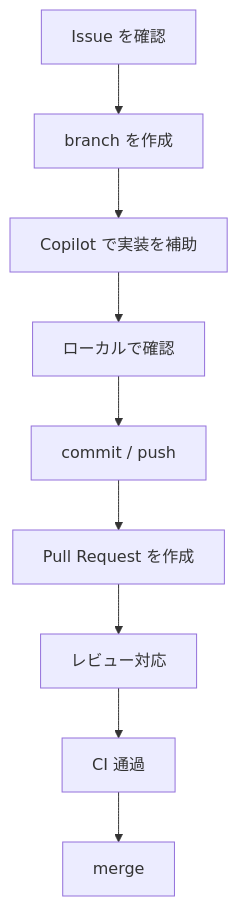
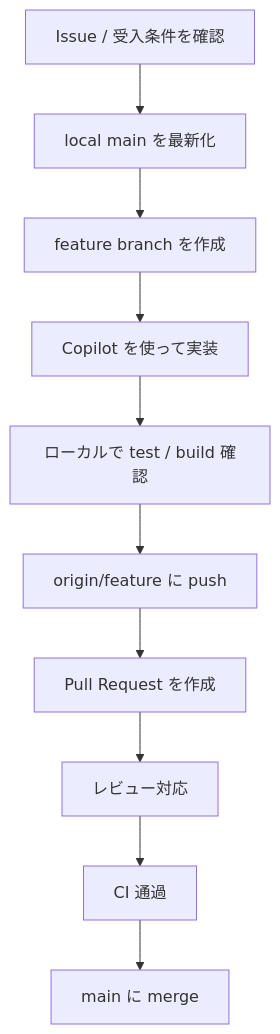
Before and after one commit to duwenji/github-copilot-practical-workflows-tutorial: the diagram in docs/02-daily-development-workflows/05-end-to-end-workflow-map.md, drawn with Mermaid. The commit also changed other lines of this file and 19 other files, not shown here.

````diff
--- a/docs/02-daily-development-workflows/05-end-to-end-workflow-map.md
+++ b/docs/02-daily-development-workflows/05-end-to-end-workflow-map.md
@@ -5,11 +5,12 @@
 ```mermaid
 flowchart TD
-    A[Issue を確認] --> B[branch を作成]
-    B --> C[Copilot で実装を補助]
-    C --> D[ローカルで確認]
-    D --> E[commit / push]
-    E --> F[Pull Request を作成]
-    F --> G[レビュー対応]
-    G --> H[CI 通過]
-    H --> I[merge]
+    A[Issue / 受入条件を確認] --> B[local main を最新化]
+    B --> C[feature branch を作成]
+    C --> D[Copilot を使って実装]
+    D --> E[ローカルで test / build 確認]
+    E --> F[origin/feature に push]
+    F --> G[Pull Request を作成]
+    G --> H[レビュー対応]
+    H --> I[CI 通過]
+    I --> J[main に merge]
 ```
````
